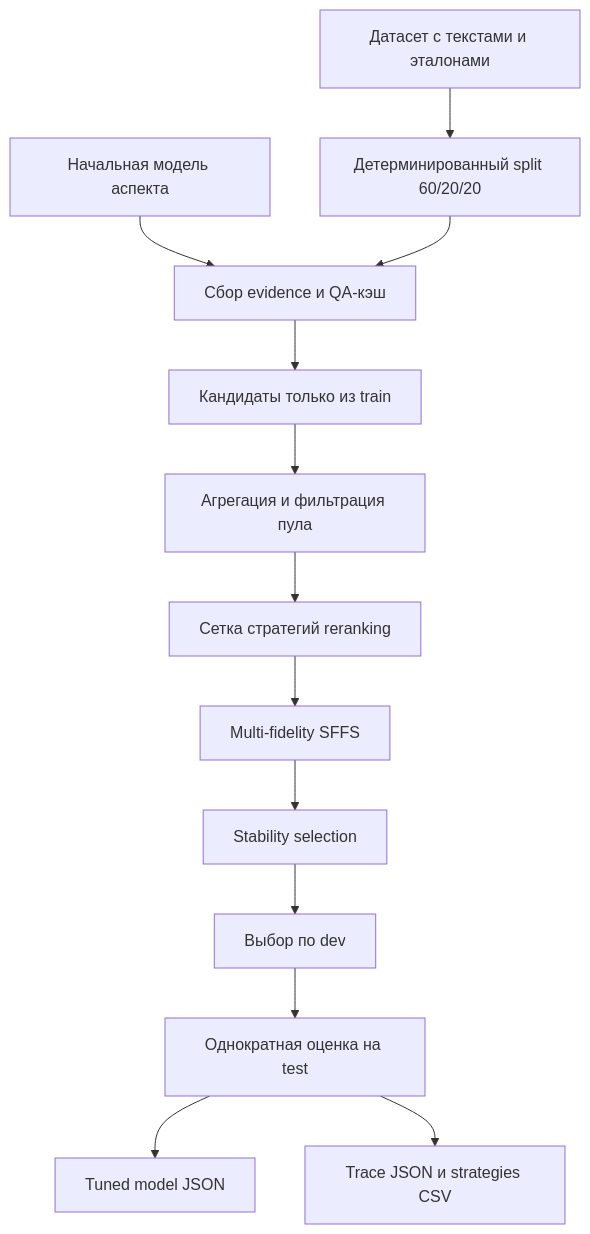
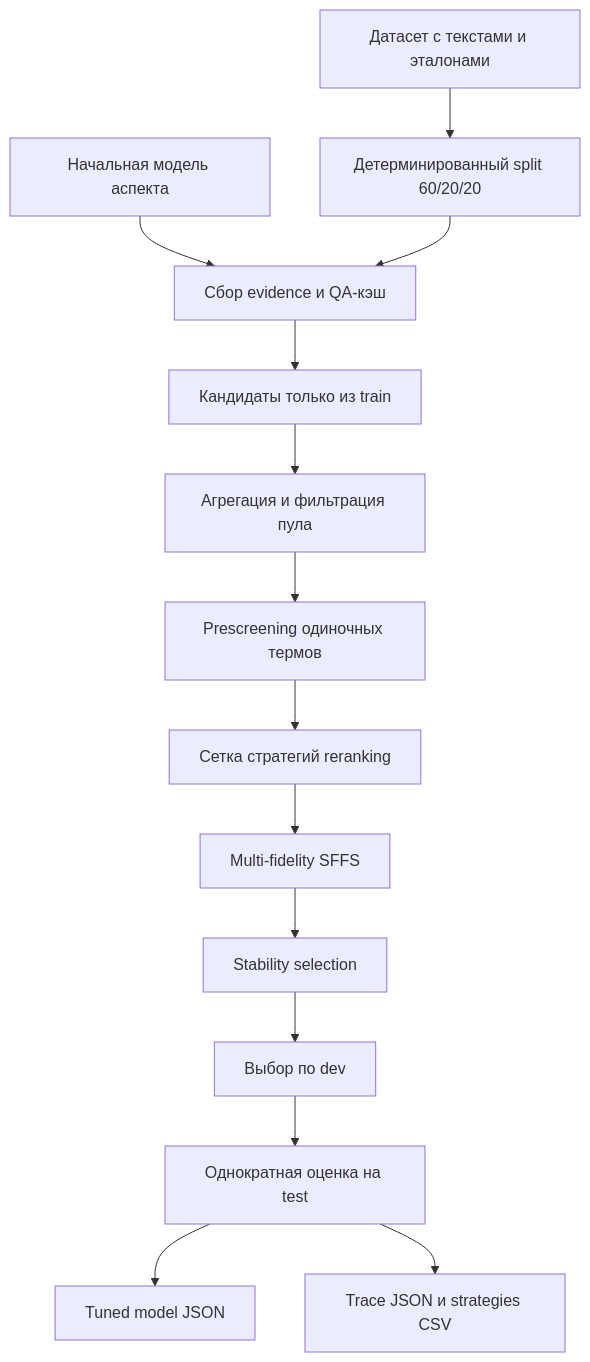
The diagram in docs/keyword-tuning-algorithm.md (polinamartynyuk/UnTIE), drawn with Mermaid before and after one commit. The commit also changed other lines of this file and 2 other files, not shown here.

````diff
--- a/docs/keyword-tuning-algorithm.md
+++ b/docs/keyword-tuning-algorithm.md
@@ -24,15 +27,16 @@
 ```mermaid
 flowchart TD
     Dataset[Датасет с текстами и эталонами] --> Split[Детерминированный split 60/20/20]
     InitModel[Начальная модель аспекта] --> Evidence
     Split --> Evidence[Сбор evidence и QA-кэш]
     Evidence --> TrainCandidates[Кандидаты только из train]
     TrainCandidates --> Pool[Агрегация и фильтрация пула]
-    Pool --> Strategies[Сетка стратегий reranking]
+    Pool --> Prescreen[Prescreening одиночных термов]
+    Prescreen --> Strategies[Сетка стратегий reranking]
     Strategies --> SFFS[Multi-fidelity SFFS]
     SFFS --> Stability[Stability selection]
     Stability --> DevChoice[Выбор по dev]
     DevChoice --> TestEval[Однократная оценка на test]
     TestEval --> TunedModel[Tuned model JSON]
     TestEval --> Trace[Trace JSON и strategies CSV]
 ```
````
